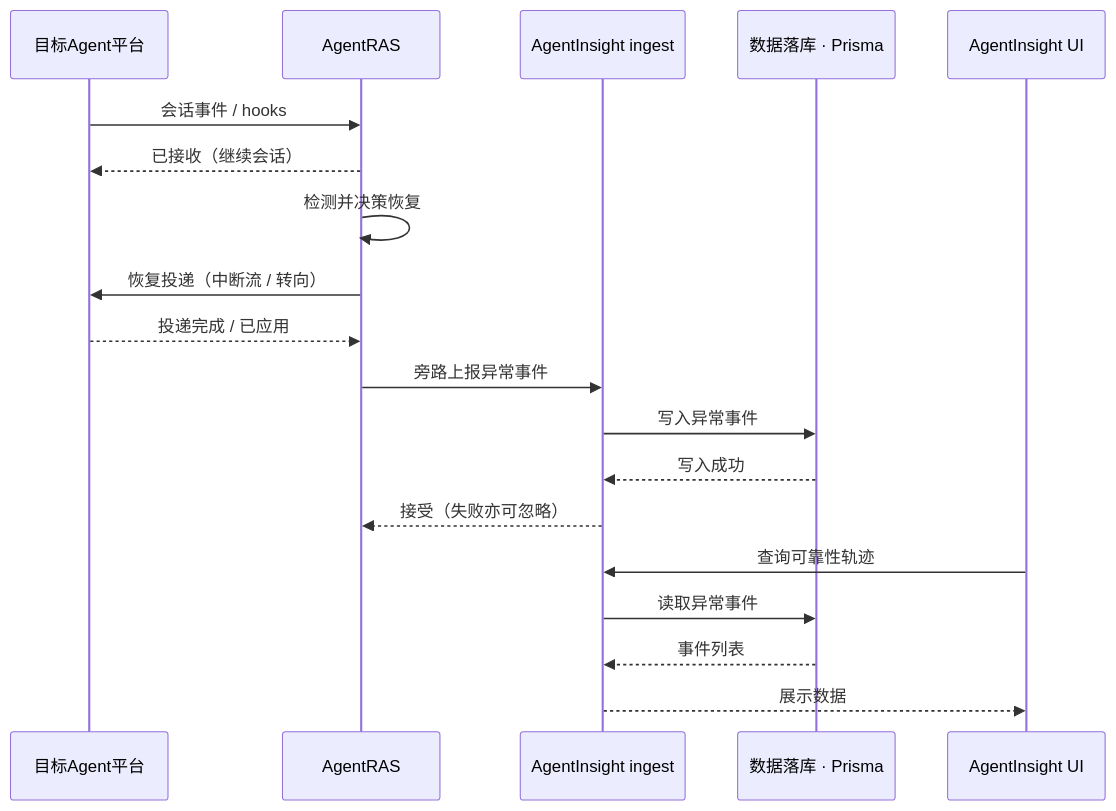
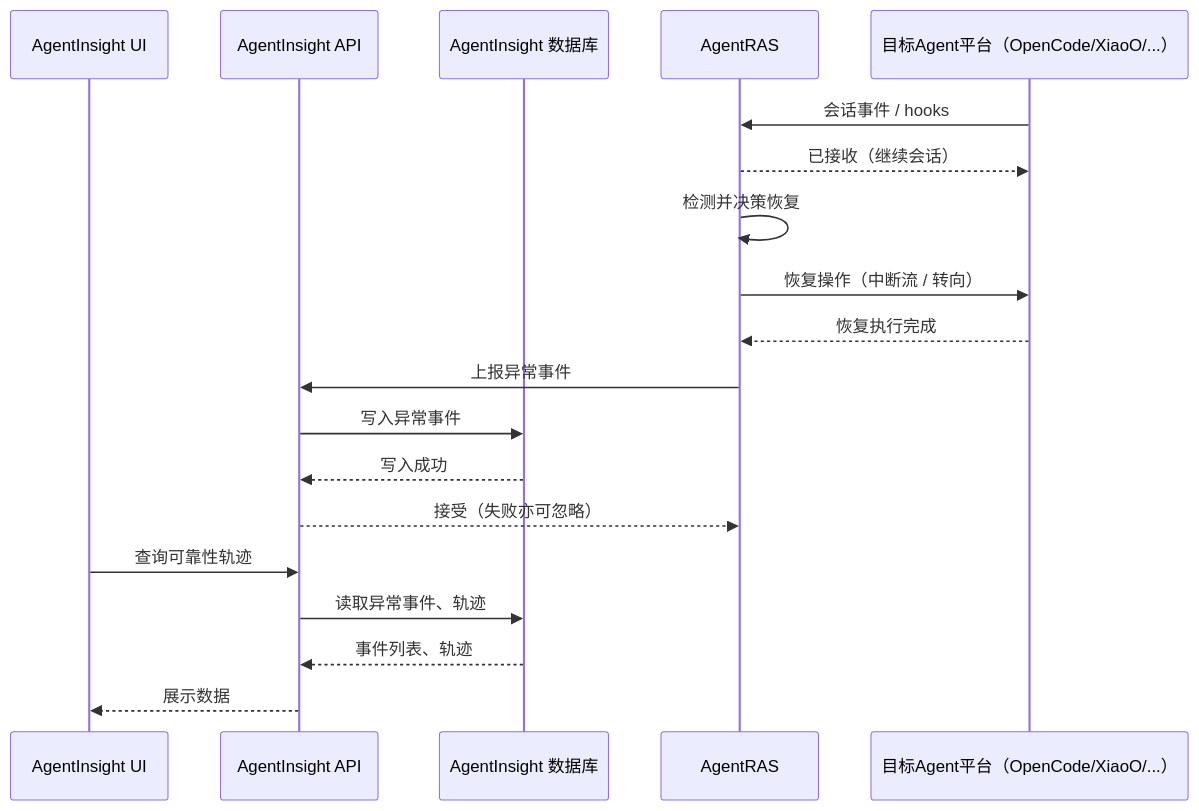
One commit to openeuler-mirror/agent-insight changed the seventh of 8 diagrams in docs/agent-fault-injection/designs/ras-fi-insight-relationship.md. Above: the diagram before and after it, drawn with Mermaid. The commit also changed other lines of this file and 200 other files, not shown here.

````diff
--- a/docs/agent-fault-injection/designs/ras-fi-insight-relationship.md
+++ b/docs/agent-fault-injection/designs/ras-fi-insight-relationship.md
@@ -340,26 +339,28 @@
 ```mermaid
 sequenceDiagram
-  participant A as 目标Agent平台
+  participant U as AgentInsight UI
+  participant N as AgentInsight API
+  participant DB as AgentInsight 数据库
   participant R as AgentRAS
-  participant N as AgentInsight ingest
-  participant DB as 数据落库 · Prisma
-  participant U as AgentInsight UI
+  participant A as 目标Agent平台（OpenCode/XiaoO/...）
+
+
 
   A->>R: 会话事件 / hooks
   R-->>A: 已接收（继续会话）
 
   R->>R: 检测并决策恢复
 
-  R->>A: 恢复投递（中断流 / 转向）
-  A-->>R: 投递完成 / 已应用
+  R->>A: 恢复操作（中断流 / 转向）
+  A-->>R: 恢复执行完成
 
-  R->>N: 旁路上报异常事件
+  R->>N: 上报异常事件
   N->>DB: 写入异常事件
   DB-->>N: 写入成功
   N-->>R: 接受（失败亦可忽略）
 
   U->>N: 查询可靠性轨迹
-  N->>DB: 读取异常事件
-  DB-->>N: 事件列表
+  N->>DB: 读取异常事件、轨迹
+  DB-->>N: 事件列表、轨迹
   N-->>U: 展示数据
 ```
````
